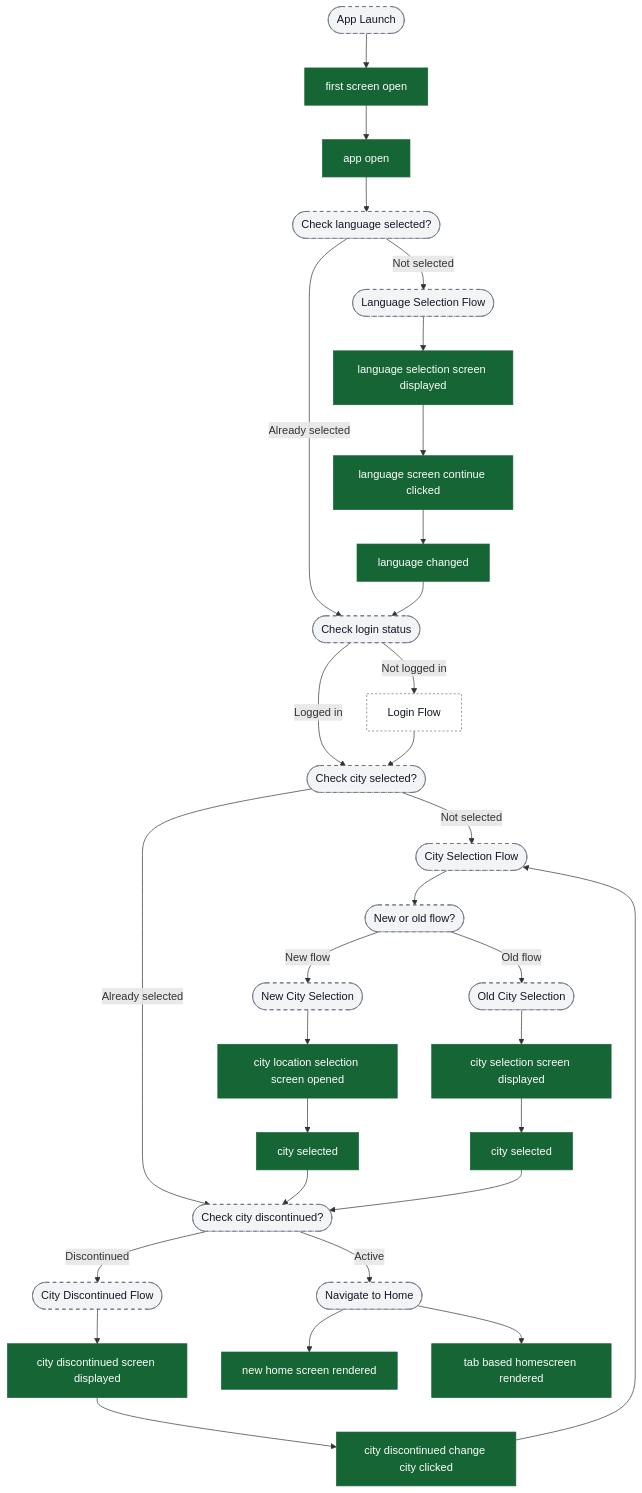
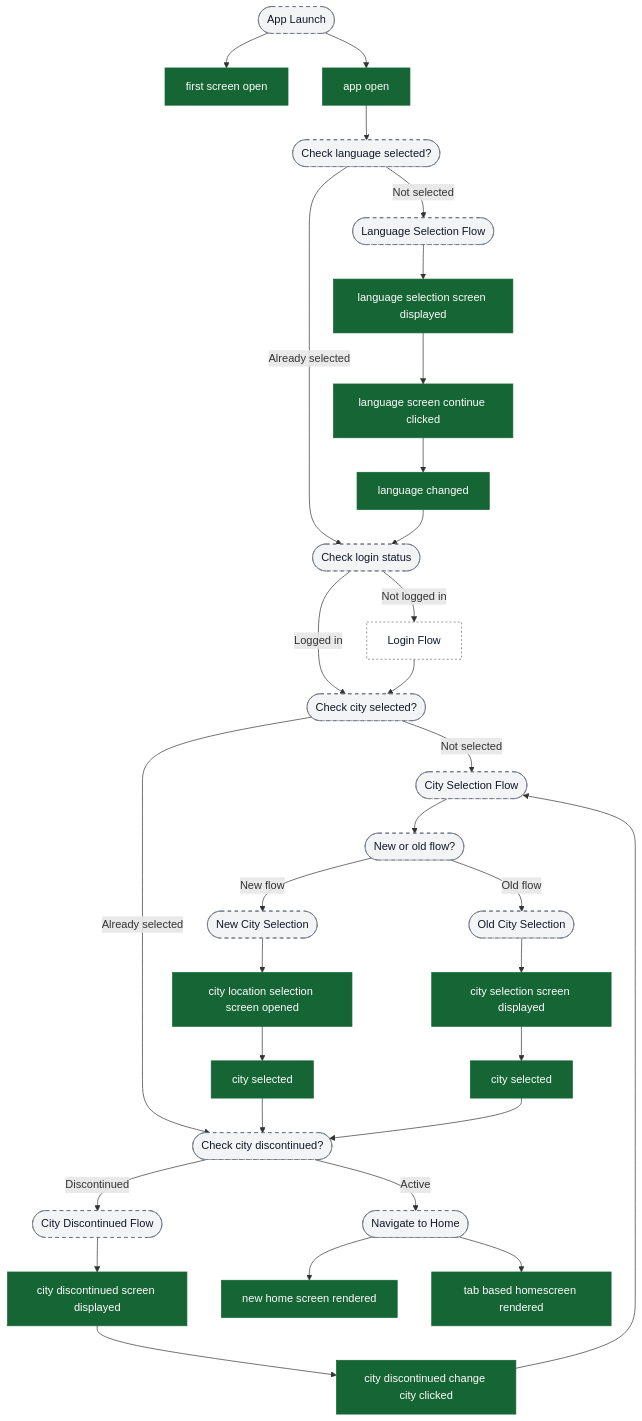
Before and after one commit to ratulsarna/chalo-app-dashboard: the second of 10 diagrams in content/analytics/onboarding/flow-diagrams.md, drawn with Mermaid. The commit also changed other lines of this file and 6 other files, not shown here.

Commit message:
feat(analytics): update flow mappings, enhance event definitions, and improve validation logic

````diff
--- a/content/analytics/onboarding/flow-diagrams.md
+++ b/content/analytics/onboarding/flow-diagrams.md
@@ -33,53 +34,53 @@
 ```mermaid
 flowchart TD
   ui_appLaunch([App Launch]) --> ev_firstScreen["first screen open"]
-  ev_firstScreen --> ev_appOpen["app open"]
+  ui_appLaunch --> ev_appOpen["app open"]
 
   ev_appOpen --> ui_checkLanguage([Check language selected?])
   ui_checkLanguage -->|Not selected| ui_languageFlow([Language Selection Flow])
   ui_checkLanguage -->|Already selected| ui_checkLogin([Check login status])
 
   ui_languageFlow --> ev_langScreenDisplay["language selection screen displayed"]
   ev_langScreenDisplay --> ev_langContinue["language screen continue clicked"]
   ev_langContinue --> ev_langChanged["language changed"]
   ev_langChanged --> ui_checkLogin
 
   ui_checkLogin -->|Not logged in| ext_loginFlow[Login Flow]
   ui_checkLogin -->|Logged in| ui_checkCity([Check city selected?])
 
   ext_loginFlow --> ui_checkCity
 
   ui_checkCity -->|Not selected| ui_cityFlow([City Selection Flow])
   ui_checkCity -->|Already selected| ui_checkDiscontinued([Check city discontinued?])
 
   ui_cityFlow --> ui_newOrOld([New or old flow?])
   ui_newOrOld -->|New flow| ui_newCityFlow([New City Selection])
   ui_newOrOld -->|Old flow| ui_oldCityFlow([Old City Selection])
 
   ui_newCityFlow --> ev_cityLocScreenOpen["city location selection screen opened"]
   ui_oldCityFlow --> ev_cityScreenDisplay["city selection screen displayed"]
 
   ev_cityLocScreenOpen --> ev_citySelected1["city selected"]
   ev_cityScreenDisplay --> ev_citySelected2["city selected"]
 
   ev_citySelected1 --> ui_checkDiscontinued
   ev_citySelected2 --> ui_checkDiscontinued
 
   ui_checkDiscontinued -->|Discontinued| ui_discontinuedFlow([City Discontinued Flow])
   ui_checkDiscontinued -->|Active| ui_homeScreen([Navigate to Home])
 
   ui_discontinuedFlow --> ev_cityDiscontinued["city discontinued screen displayed"]
   ev_cityDiscontinued --> ev_changeCity["city discontinued change city clicked"]
   ev_changeCity --> ui_cityFlow
 
   ui_homeScreen --> ev_newHome["new home screen rendered"]
   ui_homeScreen --> ev_tabHome["tab based homescreen rendered"]
 
   classDef event fill:#166534,stroke:#166534,color:#ffffff;
   classDef ui fill:#f3f4f6,stroke:#6b7280,stroke-dasharray: 5 5,color:#111827;
   classDef external fill:#ffffff,stroke:#6b7280,stroke-dasharray: 3 3,color:#111827;
 
   class ev_firstScreen,ev_appOpen,ev_langScreenDisplay,ev_langContinue,ev_langChanged,ev_cityLocScreenOpen,ev_cityScreenDisplay,ev_citySelected1,ev_citySelected2,ev_cityDiscontinued,ev_changeCity,ev_newHome,ev_tabHome event;
   class ui_appLaunch,ui_checkLanguage,ui_languageFlow,ui_checkLogin,ui_checkCity,ui_cityFlow,ui_newOrOld,ui_newCityFlow,ui_oldCityFlow,ui_checkDiscontinued,ui_discontinuedFlow,ui_homeScreen ui;
   class ext_loginFlow external;
 ```
````
